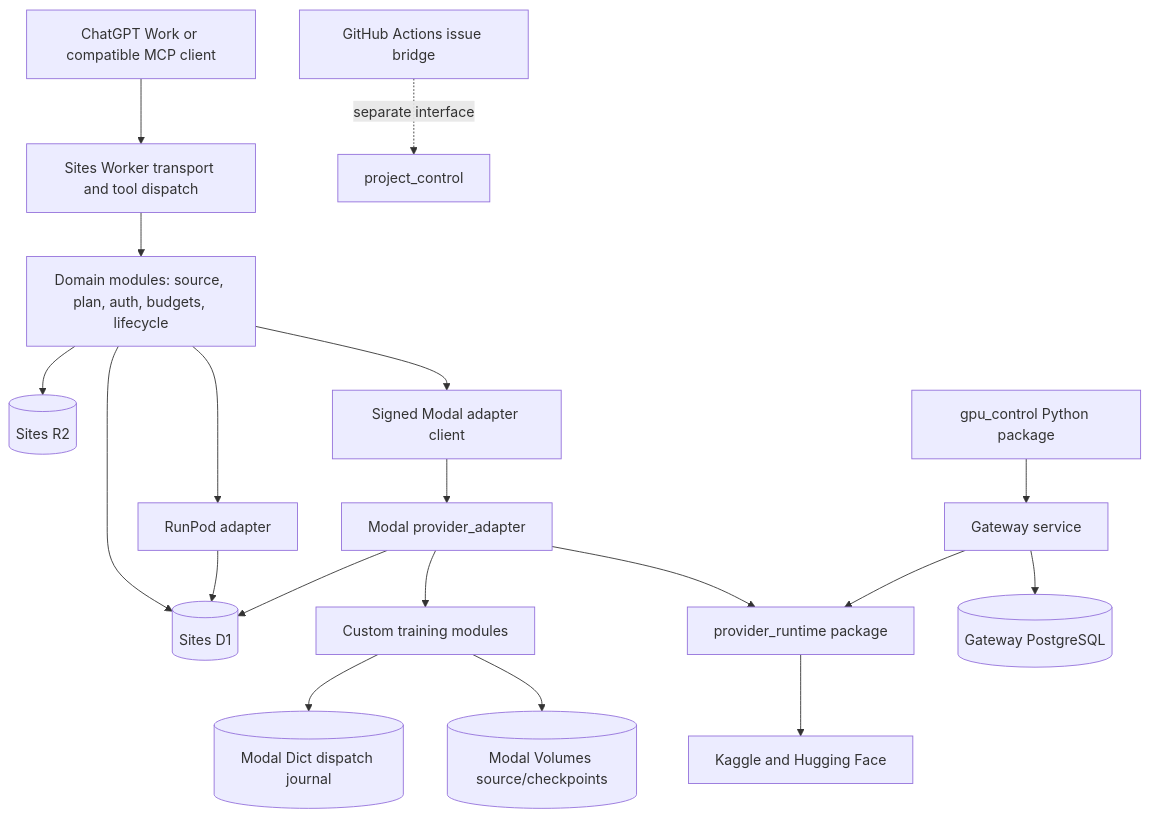
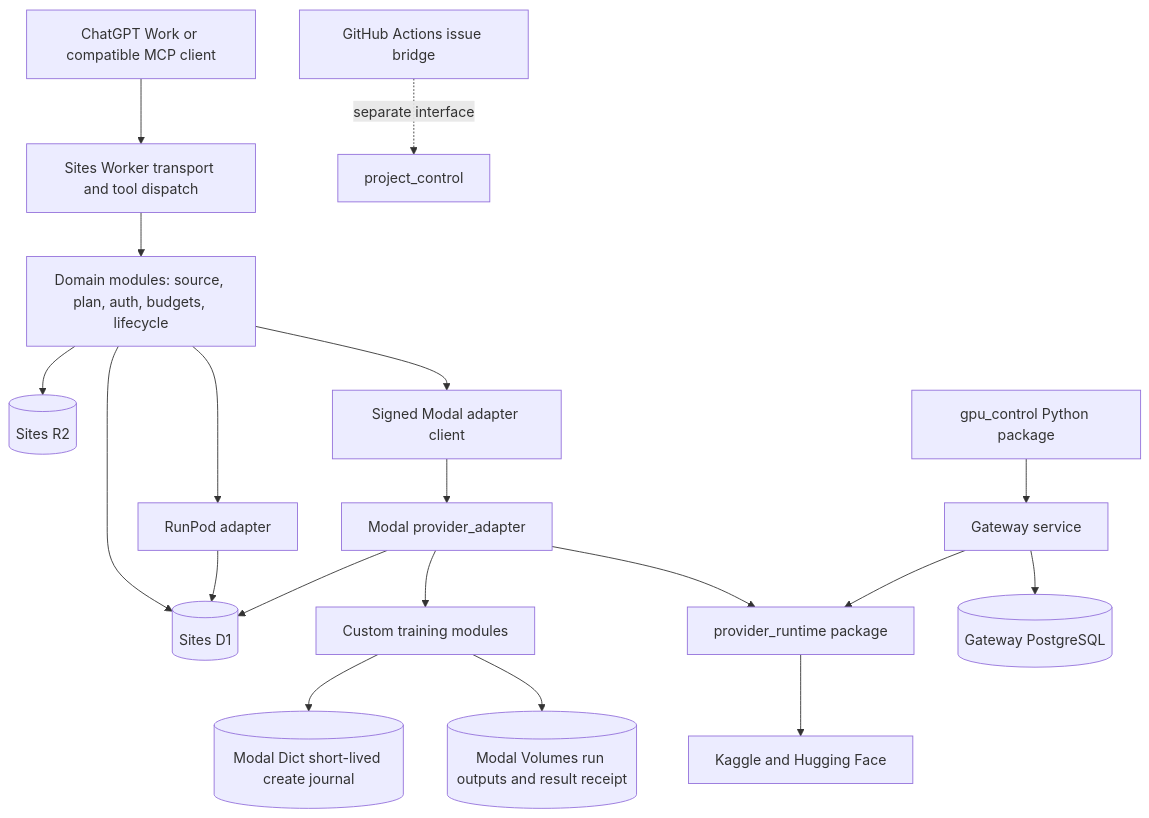
One commit to Unjuno/gpu-control changed the second of 2 diagrams in docs/architecture/repository-map.md. Above: the diagram before and after it, drawn with Mermaid. The commit also changed 17 other files, not shown here.

````diff
--- a/docs/architecture/repository-map.md
+++ b/docs/architecture/repository-map.md
@@ -76,21 +76,21 @@
 ```mermaid
 flowchart TD
   CHAT[ChatGPT Work or compatible MCP client] --> SITE[Sites Worker transport and tool dispatch]
   SITE --> DOM[Domain modules: source, plan, auth, budgets, lifecycle]
   DOM --> D1[(Sites D1)]
   DOM --> R2[(Sites R2)]
   DOM --> RP[RunPod adapter]
   DOM --> MA[Signed Modal adapter client]
   MA --> AD[Modal provider_adapter]
   AD --> CT[Custom training modules]
   AD --> PR[provider_runtime package]
-  CT --> MD[(Modal Dict dispatch journal)]
-  CT --> MV[(Modal Volumes source/checkpoints)]
+  CT --> MD[(Modal Dict short-lived create journal)]
+  CT --> MV[(Modal Volumes run outputs and result receipt)]
   PR --> KH[Kaggle and Hugging Face]
   RP --> D1
   AD --> D1
   PY[gpu_control Python package] --> GW[Gateway service]
   GW --> PG[(Gateway PostgreSQL)]
   GW --> PR
   GH[GitHub Actions issue bridge] -. separate interface .-> PC[project_control]
 ```
````
